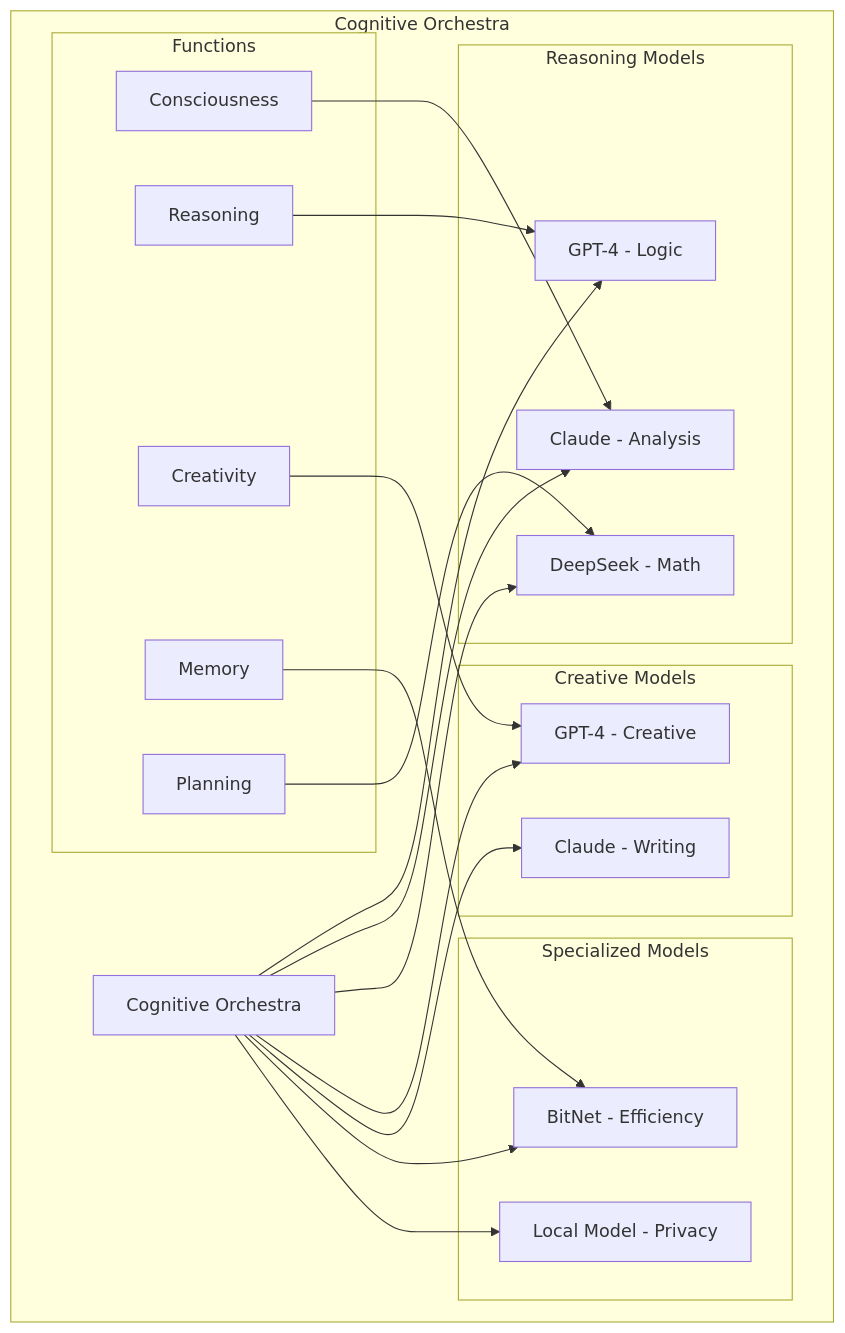
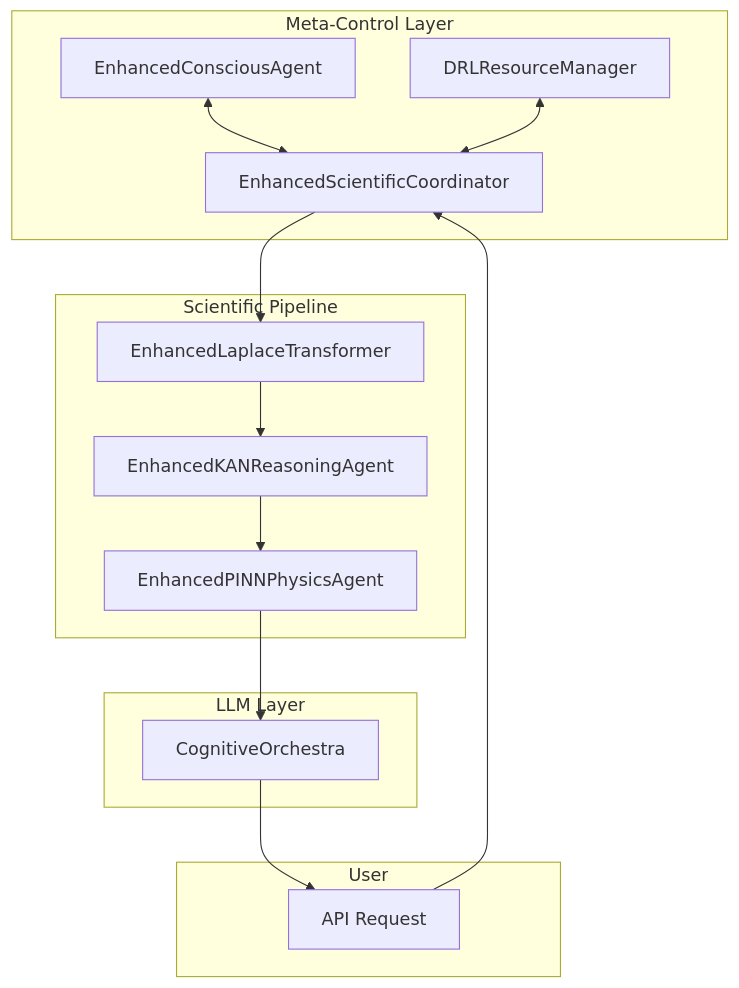
The diagram in docs/COMPREHENSIVE_FEATURES_GUIDE.md (Organica-Ai-Solutions/NIS_Protocol), drawn with Mermaid before and after one commit. The commit also changed other lines of this file and 7 other files, not shown here.

Commit message:
docs: Align all core documentation with v3.1 architecture

````diff
--- a/docs/COMPREHENSIVE_FEATURES_GUIDE.md
+++ b/docs/COMPREHENSIVE_FEATURES_GUIDE.md
@@ -430,44 +235,32 @@
 ```mermaid
 graph TD
-    subgraph "Cognitive Orchestra"
-        CO[Cognitive Orchestra]
-        
-        subgraph "Reasoning Models"
-            RM1[GPT-4 - Logic]
-            RM2[Claude - Analysis]
-            RM3[DeepSeek - Math]
-        end
-        
-        subgraph "Creative Models"
-            CM1[GPT-4 - Creative]
-            CM2[Claude - Writing]
-        end
-        
-        subgraph "Specialized Models"
-            SM1[BitNet - Efficiency]
-            SM2[Local Model - Privacy]
-        end
-        
-        subgraph "Functions"
-            CF1[Consciousness]
-            CF2[Reasoning]
-            CF3[Creativity]
-            CF4[Memory]
-            CF5[Planning]
-        end
+    subgraph "Meta-Control Layer"
+        F[EnhancedConsciousAgent]
+        G[EnhancedScientificCoordinator]
+        H[DRLResourceManager]
+    end
+
+    subgraph "Scientific Pipeline"
+        B[EnhancedLaplaceTransformer]
+        C[EnhancedKANReasoningAgent]
+        D[EnhancedPINNPhysicsAgent]
     end
     
-    CO --> RM1
-    CO --> RM2  
-    CO --> RM3
-    CO --> CM1
-    CO --> CM2
-    CO --> SM1
-    CO --> SM2
+    subgraph "LLM Layer"
+        E[CognitiveOrchestra]
+    end
     
-    CF1 --> RM2
-    CF2 --> RM1
-    CF3 --> CM1
-    CF4 --> SM1
-    CF5 --> RM3
+    subgraph "User"
+        A[API Request]
+    end
+
+    A --> G
+    G --> B
+    B --> C
+    C --> D
+    D --> E
+    E --> A
+    
+    F <--> G
+    H <--> G
 ```
````
